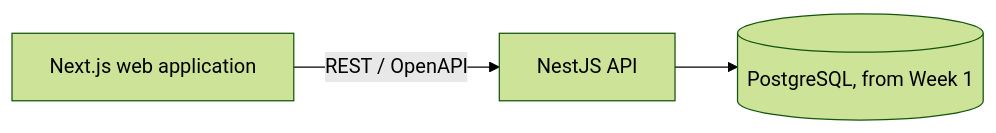
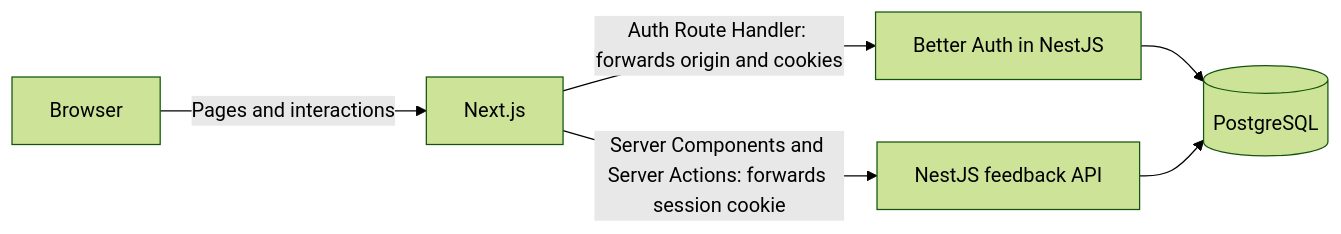
The diagram in docs/ARCHITECTURE.md (Dmitrii-Lobanov/signaldesk), drawn with Mermaid (forest theme) before and after one commit. The commit also changed other lines of this file, not shown here.

Commit message:
docs: describe implemented architecture and local demo scope

````diff
--- a/docs/ARCHITECTURE.md
+++ b/docs/ARCHITECTURE.md
@@ -15,5 +16,8 @@
 ```mermaid
 flowchart LR
-    Browser["Next.js web application"] -->|"REST / OpenAPI"| API["NestJS API"]
-    API --> DB[("PostgreSQL, from Week 1")]
+    Browser -->|"Pages and interactions"| Web["Next.js"]
+    Web -->|"Auth Route Handler: forwards origin and cookies"| Auth["Better Auth in NestJS"]
+    Web -->|"Server Components and Server Actions: forwards session cookie"| API["NestJS feedback API"]
+    Auth --> DB[("PostgreSQL")]
+    API --> DB
 ```
````
